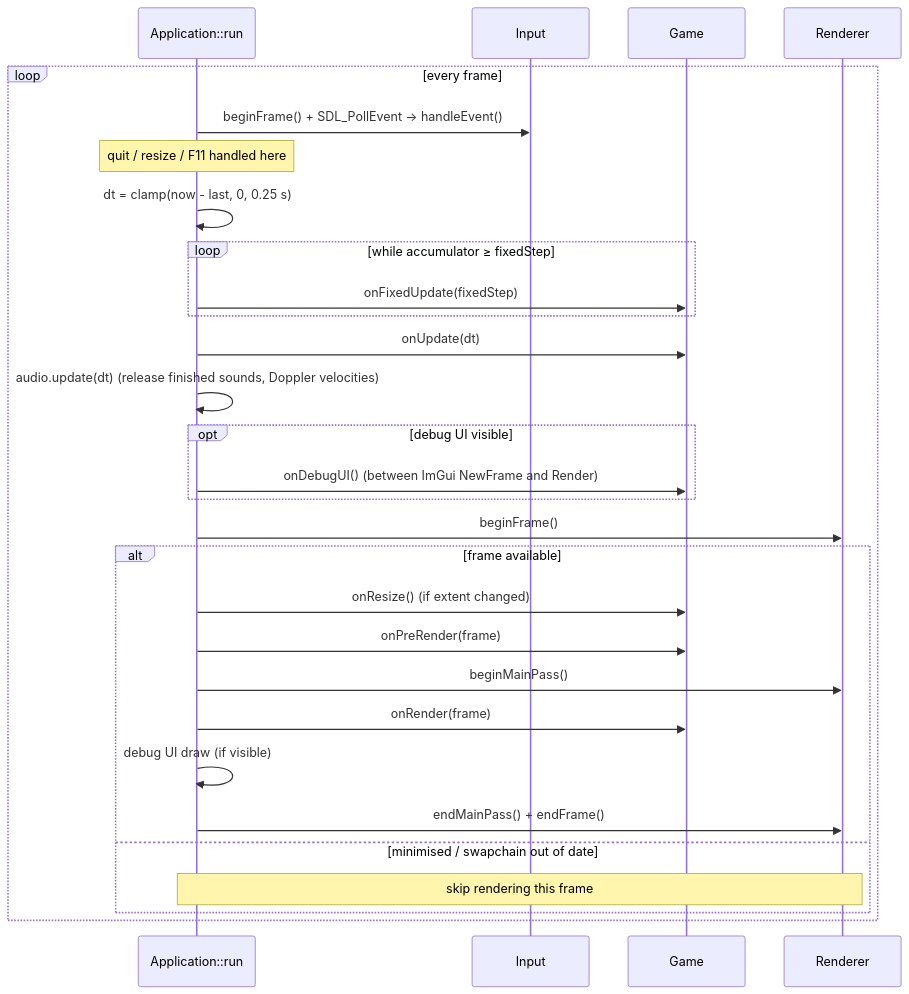
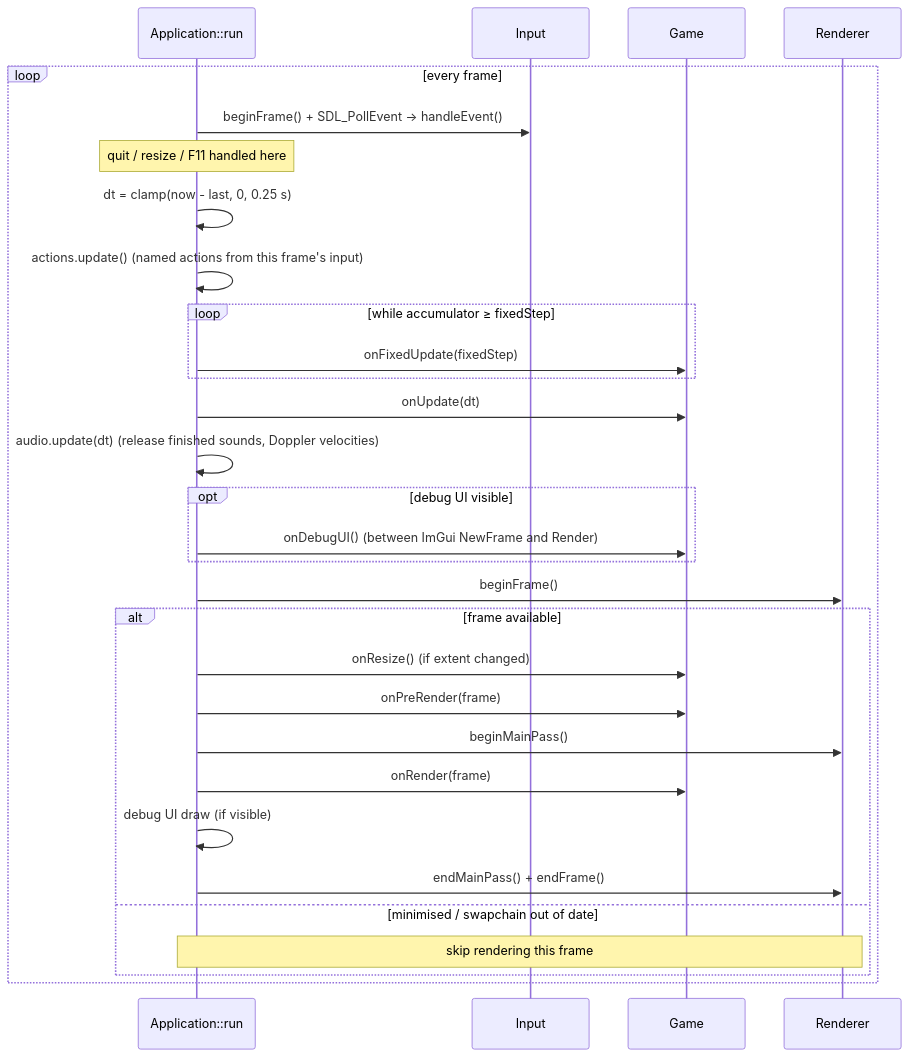
Before and after one commit to Chuck5ta/2DBaseFramework: the fifth of 9 diagrams in docs/ARCHITECTURE.md, drawn with Mermaid. The commit also changed other lines of this file and 10 other files, not shown here.

First line of the commit message:
Input actions implemented

````diff
--- a/docs/ARCHITECTURE.md
+++ b/docs/ARCHITECTURE.md
@@ -428,32 +452,33 @@
 ```mermaid
 sequenceDiagram
     participant App as Application::run
     participant In as Input
     participant G as Game
     participant R as Renderer
 
     loop every frame
         App->>In: beginFrame() + SDL_PollEvent → handleEvent()
         Note over App: quit / resize / F11 handled here
         App->>App: dt = clamp(now - last, 0, 0.25 s)
+        App->>App: actions.update() (named actions from this frame's input)
         loop while accumulator ≥ fixedStep
             App->>G: onFixedUpdate(fixedStep)
         end
         App->>G: onUpdate(dt)
         App->>App: audio.update(dt) (release finished sounds, Doppler velocities)
         opt debug UI visible
             App->>G: onDebugUI() (between ImGui NewFrame and Render)
         end
         App->>R: beginFrame()
         alt frame available
             App->>G: onResize() (if extent changed)
             App->>G: onPreRender(frame)
             App->>R: beginMainPass()
             App->>G: onRender(frame)
             App->>App: debug UI draw (if visible)
             App->>R: endMainPass() + endFrame()
         else minimised / swapchain out of date
             Note over App,R: skip rendering this frame
         end
     end
 ```
````
